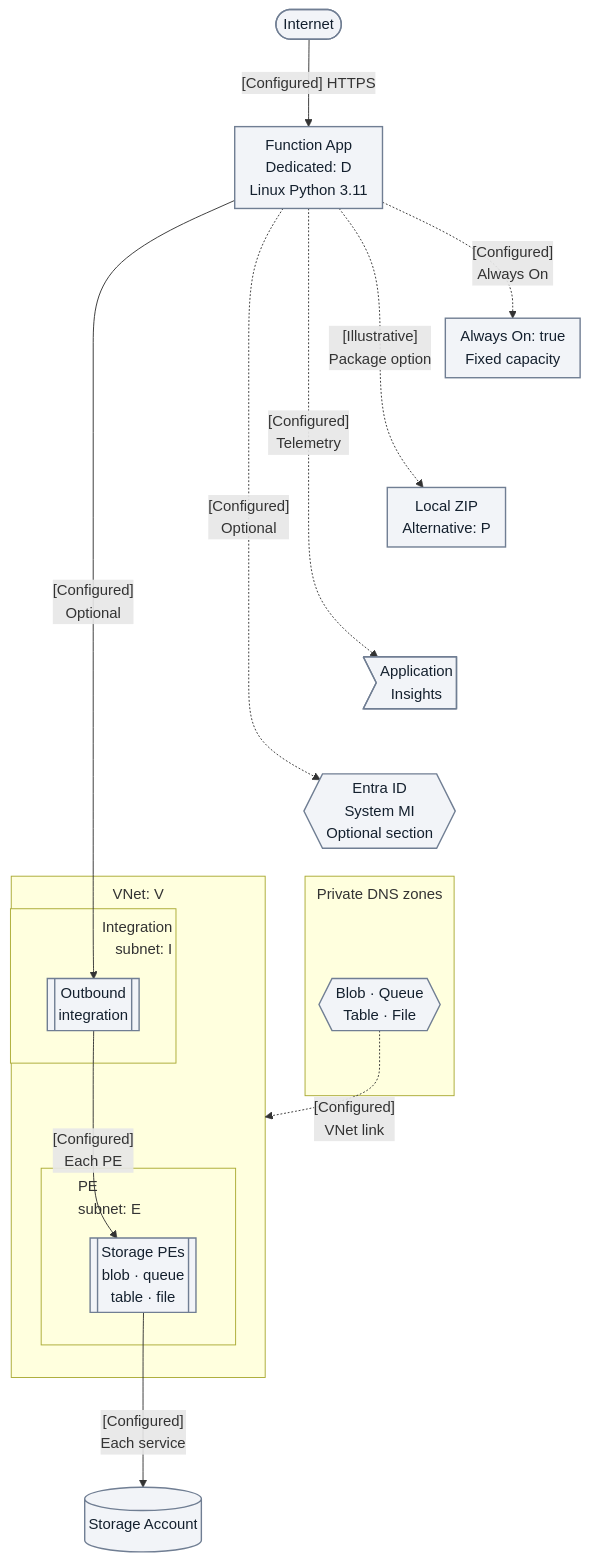
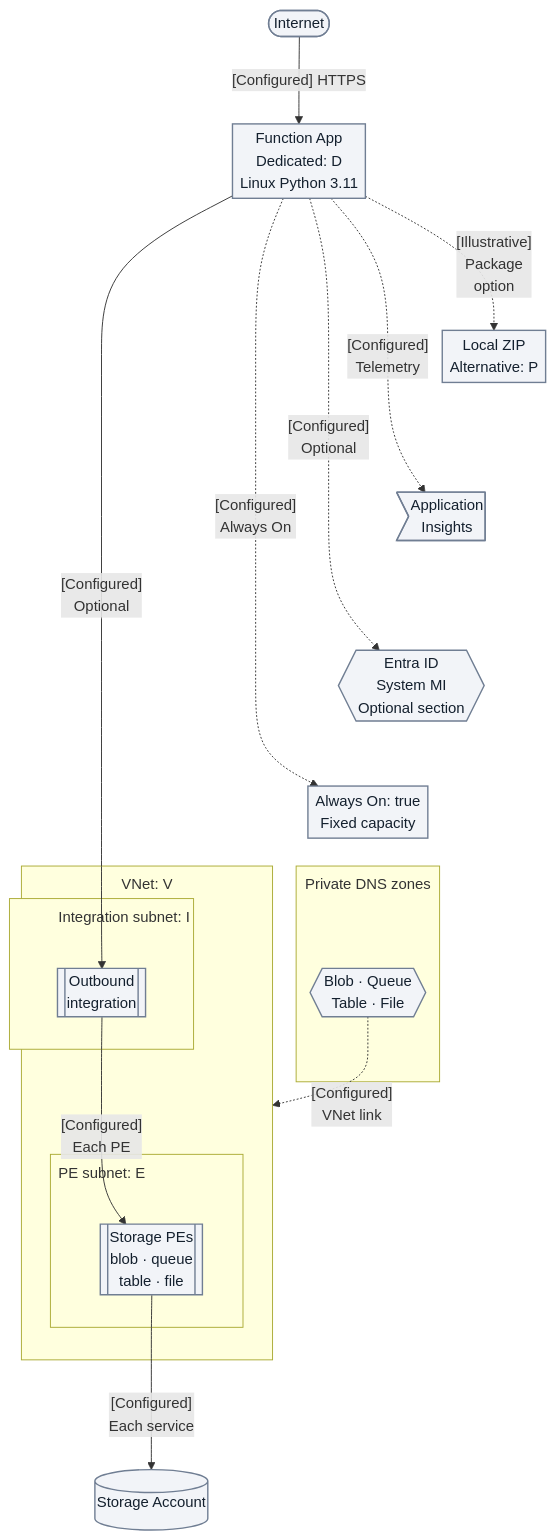
The first of 2 diagrams in docs/language-guides/python/tutorial/dedicated/02-first-deploy.md (yeongseon/azure-functions-practical-guide), drawn with Mermaid before and after one commit. The commit also changed other lines of this file and 4 other files, not shown here.

Commit message:
docs(diagrams): narrow Python Dedicated first-deploy topology and document figure provenance (#605)

````diff
--- a/docs/language-guides/python/tutorial/dedicated/02-first-deploy.md
+++ b/docs/language-guides/python/tutorial/dedicated/02-first-deploy.md
@@ -99,40 +99,40 @@
 ```mermaid
-%%{init: {"flowchart": {"nodeSpacing": 10, "rankSpacing": 70, "padding": 8, "subGraphTitleMargin": {"top": 8, "bottom": 32}}}}%%
+%%{init: {"flowchart": {"nodeSpacing": 10, "rankSpacing": 70, "padding": 4, "subGraphTitleMargin": {"top": 8, "bottom": 32}}}}%%
 flowchart TD
     accTitle: Python 3.11 Linux Dedicated optional Storage networking
     accDescr: The public B1 tutorial enables Always On. The optional S1 networking section adds outbound integration and four Storage endpoints with matching DNS zones, expanded in the key. Compute is outside the integration subnet. Identity, package choice, telemetry and Always On are associations, not data-transit hops or successful verification evidence.
     client(["Internet"])
     app_runtime["Function App<br/>Dedicated: D<br/>Linux Python 3.11"]
     identity{{"Entra ID<br/>System MI<br/>Optional section"}}
     telemetry>"Application<br/>Insights"]
     RFP["Local ZIP<br/>Alternative: P"]
     ALWAYS_ON["Always On: true<br/>Fixed capacity"]
     subgraph DNS["Private DNS zones"]
         dns_fn{{"Blob · Queue<br/>Table · File"}}
     end
     subgraph VNET["VNet: V"]
-        subgraph INT_SUB["<div style='width:170px;text-align:right'>Integration<br/>subnet: I</div>"]
+        subgraph INT_SUB["<div style='width:190px;text-align:right'>Integration subnet: I</div>"]
             vnet_integration[["Outbound<br/>integration"]]
         end
-        subgraph PE_SUB["<div style='width:130px;text-align:left'>PE<br/>subnet: E</div>"]
+        subgraph PE_SUB["<div style='width:190px;text-align:left'>PE subnet: E</div>"]
             pe_storage[["Storage PEs<br/>blob · queue<br/>table · file"]]
         end
     end
     storage_db[("Storage Account")]
     client -->|"[Configured] HTTPS"| app_runtime
-    app_runtime -.->|"[Configured]<br/>Always On"| ALWAYS_ON
-    app_runtime -.->|"[Illustrative]<br/>Package option"| RFP
+    app_runtime -.->|"[Illustrative]<br/>Package<br/>option"| RFP
     app_runtime -.->|"[Configured]<br/>Telemetry"| telemetry
     app_runtime -.->|"[Configured]<br/>Optional"| identity
+    app_runtime -.->|"[Configured]<br/>Always On"| ALWAYS_ON
     app_runtime -->|"[Configured]<br/>Optional"| vnet_integration
     vnet_integration -->|"[Configured]<br/>Each PE"| pe_storage
     pe_storage -->|"[Configured]<br/>Each service"| storage_db
     dns_fn -.->|"[Configured]<br/>VNet link"| VNET
     %% Layout-only tiers; add no requests or deployment steps.
-    ALWAYS_ON ~~~ RFP
     RFP ~~~ telemetry
     telemetry ~~~ identity
-    identity ~~~ dns_fn
+    identity ~~~ ALWAYS_ON
+    ALWAYS_ON ~~~ dns_fn
     classDef baseNeutral fill:#f2f4f8,stroke:#707e93,stroke-width:1.5px,color:#14202e;
     class client,app_runtime,identity,telemetry,RFP,ALWAYS_ON,dns_fn,vnet_integration,pe_storage,storage_db baseNeutral;
 ```
````
